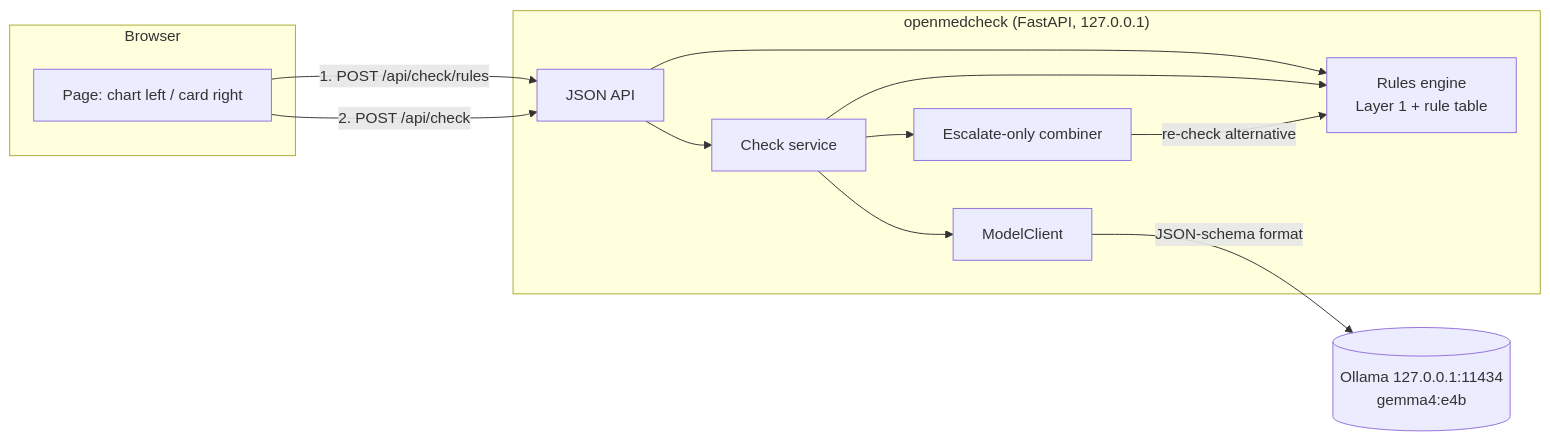
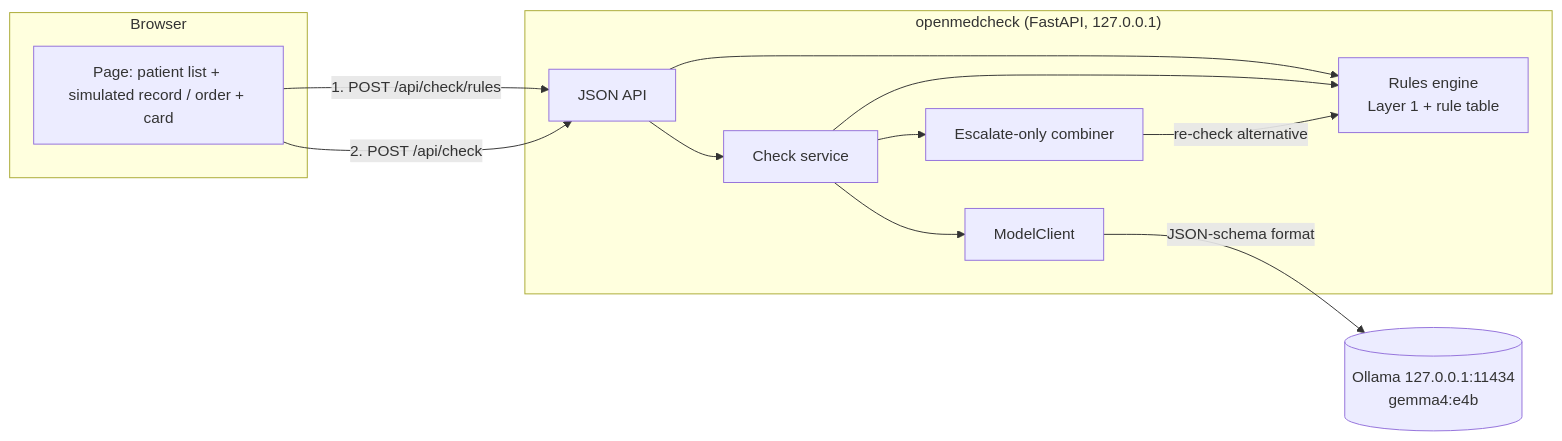
The first of 2 diagrams in docs/spec/design.md (adricasi/OpenMedCheck), drawn with Mermaid before and after one commit. The commit also changed 2 other files, not shown here.

Commit message:
docs(spec): simulated record view with an editable scenario (T-007)
The demo should show that the doctor only writes the order and the context
comes from the patient record. Add AC-006.5 (patient list) and AC-007.4
(request panel), and make AC-007.1 read-only by default with an
'Edit scenario (demo only)' toggle.

````diff
--- a/docs/spec/design.md
+++ b/docs/spec/design.md
@@ -17,20 +17,20 @@
 ```mermaid
 flowchart LR
   subgraph Browser
-    ui[Page: chart left / card right]
+    ui[Page: patient list + simulated record / order + card]
   end
   subgraph App["openmedcheck (FastAPI, 127.0.0.1)"]
     api[JSON API]
     rules[Rules engine<br/>Layer 1 + rule table]
     svc[Check service]
     comb[Escalate-only combiner]
     mc[ModelClient]
   end
   ollama[(Ollama 127.0.0.1:11434<br/>gemma4:e4b)]
   ui -- "1. POST /api/check/rules" --> api --> rules
   ui -- "2. POST /api/check" --> api --> svc
   svc --> rules
   svc --> mc -- "JSON-schema format" --> ollama
   svc --> comb
   comb -- "re-check alternative" --> rules
 ```
````
